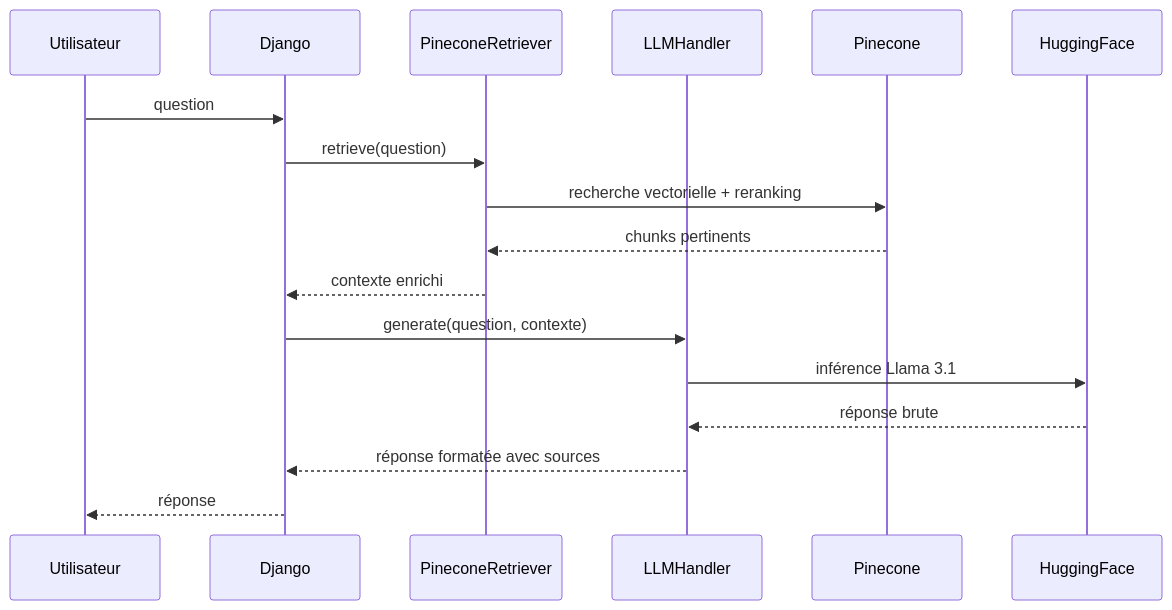
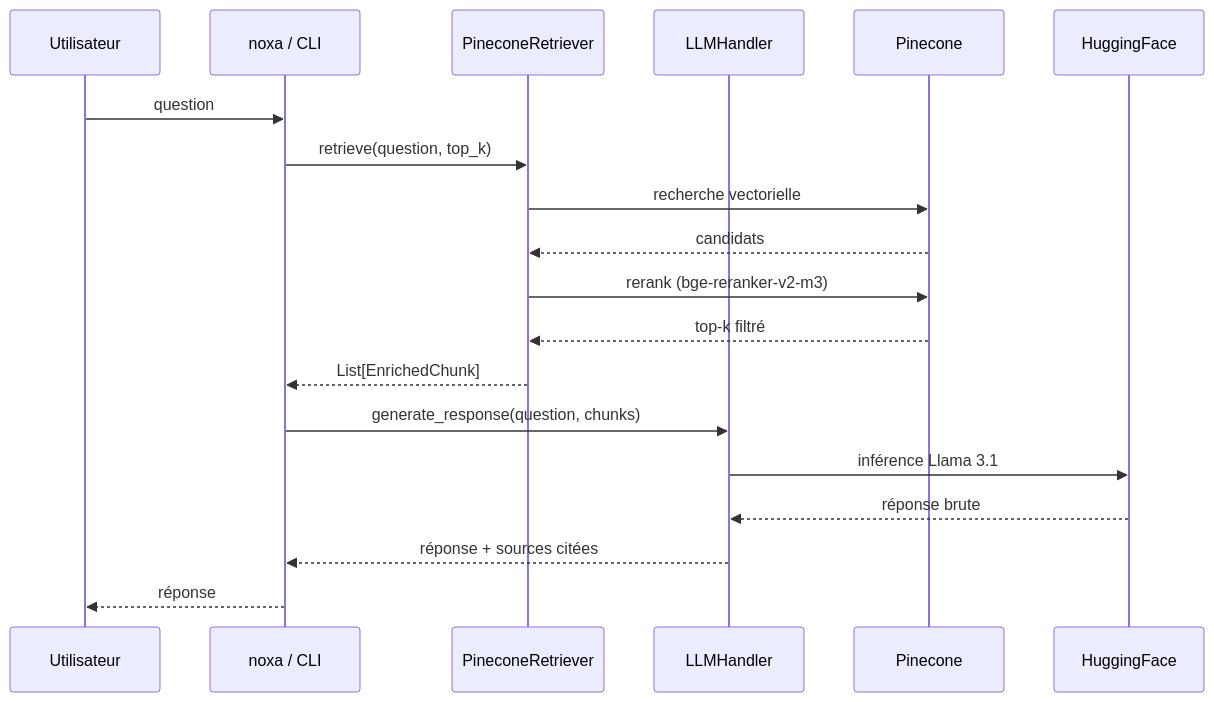
Before and after one commit to Projet-DeepSearchSnIA/rag-core: the third of 3 diagrams in readme.md, drawn with Mermaid. The commit also changed other lines of this file, not shown here.

````diff
--- a/readme.md
+++ b/readme.md
@@ -84,22 +88,24 @@
 ```mermaid
 sequenceDiagram
     participant Utilisateur
-    participant Django
+    participant Caller as noxa / CLI
     participant PineconeRetriever
     participant LLMHandler
     participant Pinecone
     participant HuggingFace
 
-    Utilisateur->>Django: question
-    Django->>PineconeRetriever: retrieve(question)
-    PineconeRetriever->>Pinecone: recherche vectorielle + reranking
-    Pinecone-->>PineconeRetriever: chunks pertinents
-    PineconeRetriever-->>Django: contexte enrichi
+    Utilisateur->>Caller: question
+    Caller->>PineconeRetriever: retrieve(question, top_k)
+    PineconeRetriever->>Pinecone: recherche vectorielle
+    Pinecone-->>PineconeRetriever: candidats
+    PineconeRetriever->>Pinecone: rerank (bge-reranker-v2-m3)
+    Pinecone-->>PineconeRetriever: top-k filtré
+    PineconeRetriever-->>Caller: List[EnrichedChunk]
 
-    Django->>LLMHandler: generate(question, contexte)
+    Caller->>LLMHandler: generate_response(question, chunks)
     LLMHandler->>HuggingFace: inférence Llama 3.1
     HuggingFace-->>LLMHandler: réponse brute
-    LLMHandler-->>Django: réponse formatée avec sources
+    LLMHandler-->>Caller: réponse + sources citées
 
-    Django-->>Utilisateur: réponse
+    Caller-->>Utilisateur: réponse
 ```
````
